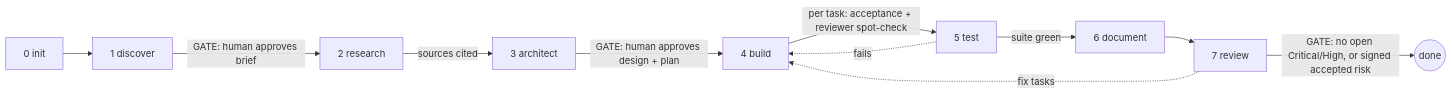
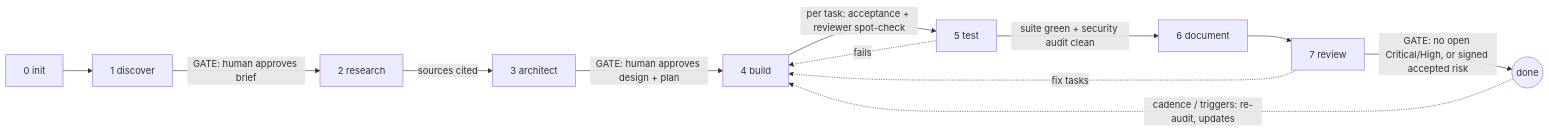
Before and after one commit to Yakoub-ai/engineering-team: the first of 2 diagrams in eng-team-plugin/README.md, drawn with Mermaid. The commit also changed other lines of this file and 19 other files, not shown here.

````diff
--- a/eng-team-plugin/README.md
+++ b/eng-team-plugin/README.md
@@ -97,13 +99,14 @@
 ```mermaid
 flowchart LR
   I[0 init] --> D[1 discover]
   D -->|GATE: human approves brief| R[2 research]
   R -->|sources cited| A[3 architect]
   A -->|GATE: human approves design + plan| B[4 build]
   B -->|per task: acceptance + reviewer spot-check| T[5 test]
-  T -->|suite green| DOC[6 document]
+  T -->|suite green + security audit clean| DOC[6 document]
   DOC --> REV[7 review]
   REV -->|GATE: no open Critical/High, or signed accepted risk| DONE((done))
   T -. fails .-> B
   REV -. fix tasks .-> B
+  DONE -. cadence / triggers: re-audit, updates .-> B
 ```
````
